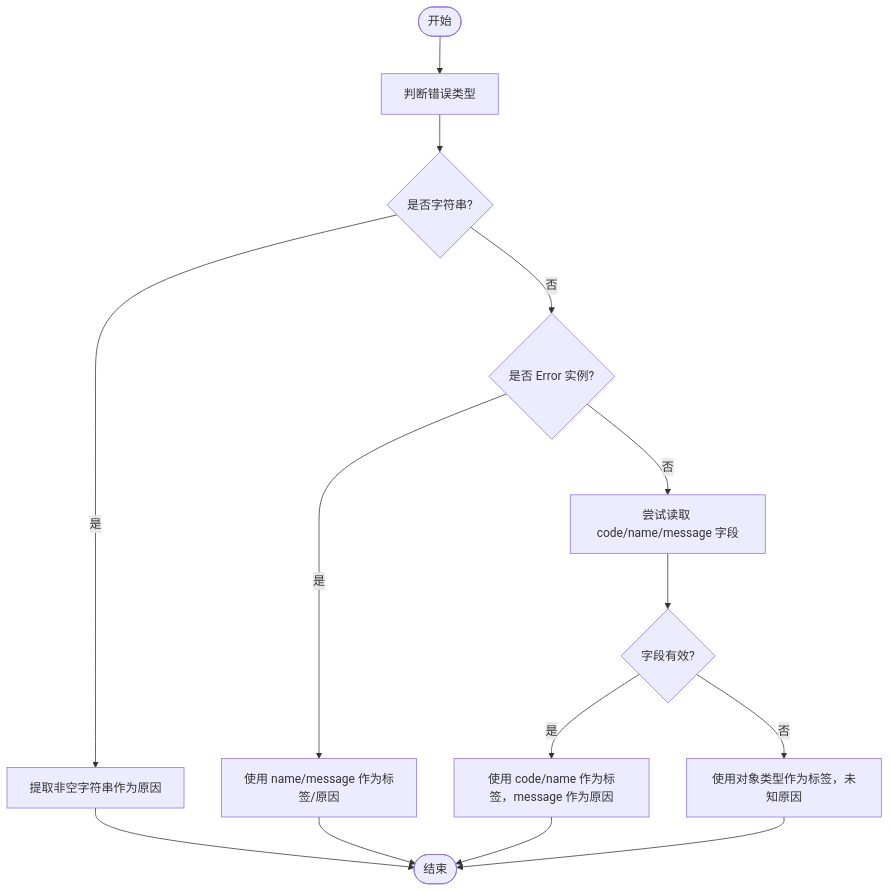
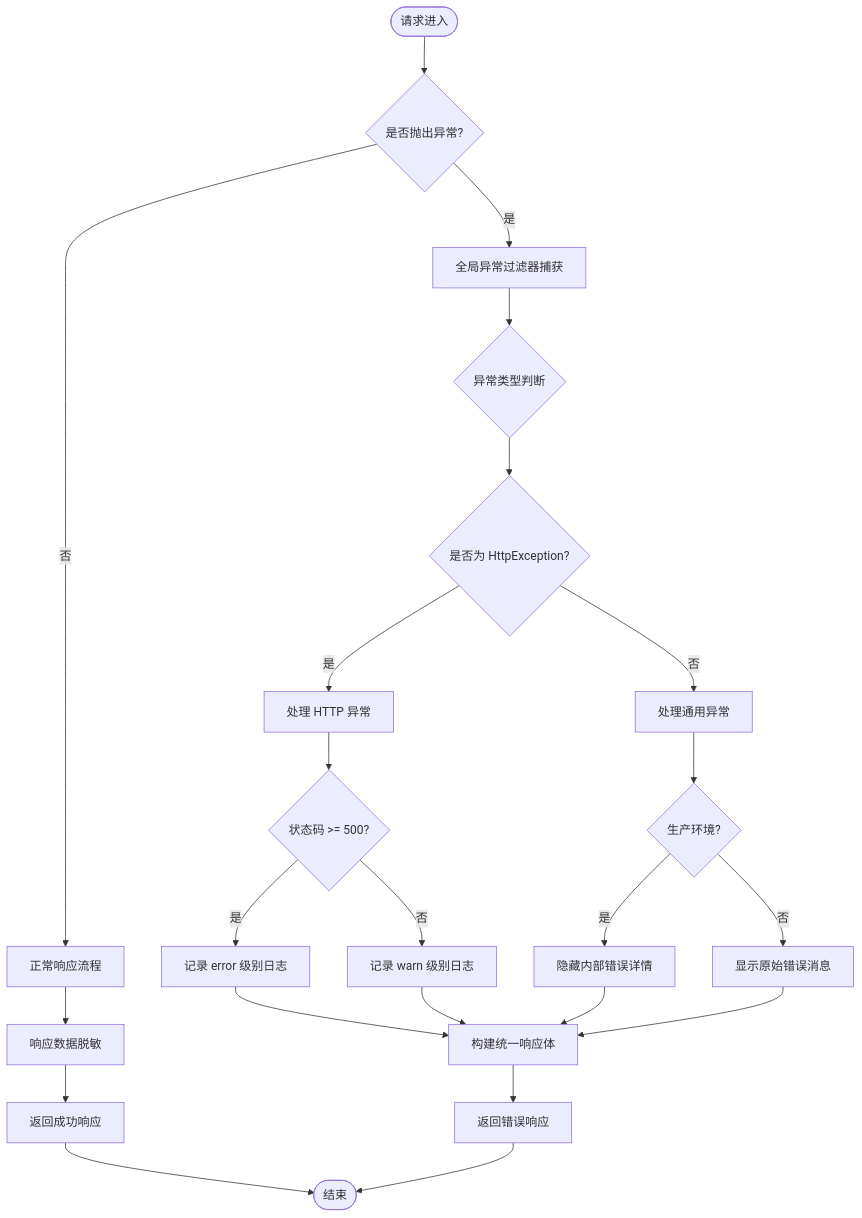
The third of 4 diagrams in .qoder/repowiki/zh/content/开发指南/新模块开发/错误处理模式.md (rc558620/purelyprofit-server), drawn with Mermaid before and after one commit. The commit also changed other lines of this file and 55 other files, not shown here.

````diff
--- a/.qoder/repowiki/zh/content/开发指南/新模块开发/错误处理模式.md
+++ b/.qoder/repowiki/zh/content/开发指南/新模块开发/错误处理模式.md
@@ -169,16 +236,25 @@
 ```mermaid
 flowchart TD
-Start(["开始"]) --> TypeCheck["判断错误类型"]
-TypeCheck --> IsString{"是否字符串?"}
-IsString --> |是| BuildFromStr["提取非空字符串作为原因"]
-IsString --> |否| IsError{"是否 Error 实例?"}
-IsError --> |是| BuildFromErr["使用 name/message 作为标签/原因"]
-IsError --> |否| ReadFields["尝试读取 code/name/message 字段"]
-ReadFields --> FieldsOK{"字段有效?"}
-FieldsOK --> |是| BuildFromFields["使用 code/name 作为标签，message 作为原因"]
-FieldsOK --> |否| BuildDefault["使用对象类型作为标签，未知原因"]
-BuildFromStr --> End(["结束"])
-BuildFromErr --> End
-BuildFromFields --> End
-BuildDefault --> End
+Start(["请求进入"]) --> ExceptionCheck{"是否抛出异常?"}
+ExceptionCheck --> |否| SuccessPath["正常响应流程"]
+SuccessPath --> Sanitize["响应数据脱敏"]
+Sanitize --> Return["返回成功响应"]
+ExceptionCheck --> |是| FilterCatch["全局异常过滤器捕获"]
+FilterCatch --> TypeCheck{"异常类型判断"}
+TypeCheck --> IsHttpException{"是否为 HttpException?"}
+IsHttpException --> |是| HandleHttp["处理 HTTP 异常"]
+HandleHttp --> LogLevel{"状态码 >= 500?"}
+LogLevel --> |是| ErrorLog["记录 error 级别日志"]
+LogLevel --> |否| WarnLog["记录 warn 级别日志"]
+ErrorLog --> BuildResponse["构建统一响应体"]
+WarnLog --> BuildResponse
+IsHttpException --> |否| HandleGeneric["处理通用异常"]
+HandleGeneric --> EnvCheck{"生产环境?"}
+EnvCheck --> |是| MaskMessage["隐藏内部错误详情"]
+EnvCheck --> |否| ShowMessage["显示原始错误消息"]
+MaskMessage --> BuildResponse
+ShowMessage --> BuildResponse
+BuildResponse --> ReturnError["返回错误响应"]
+Return --> End(["结束"])
+ReturnError --> End
 ```
````
